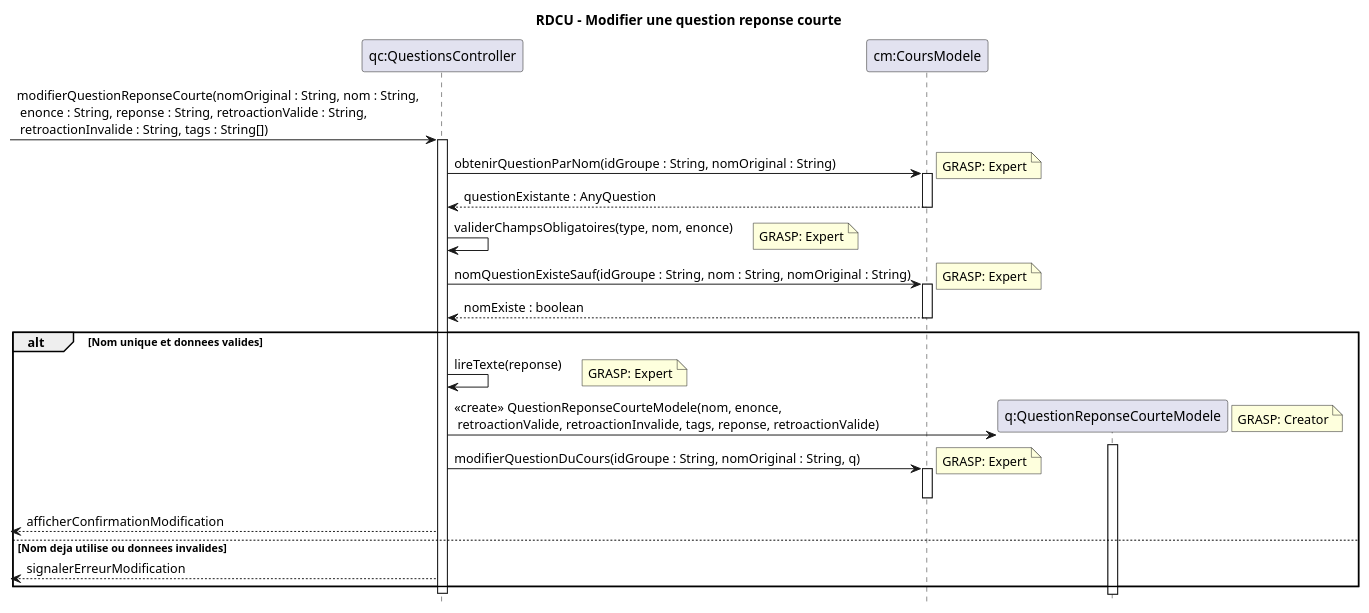
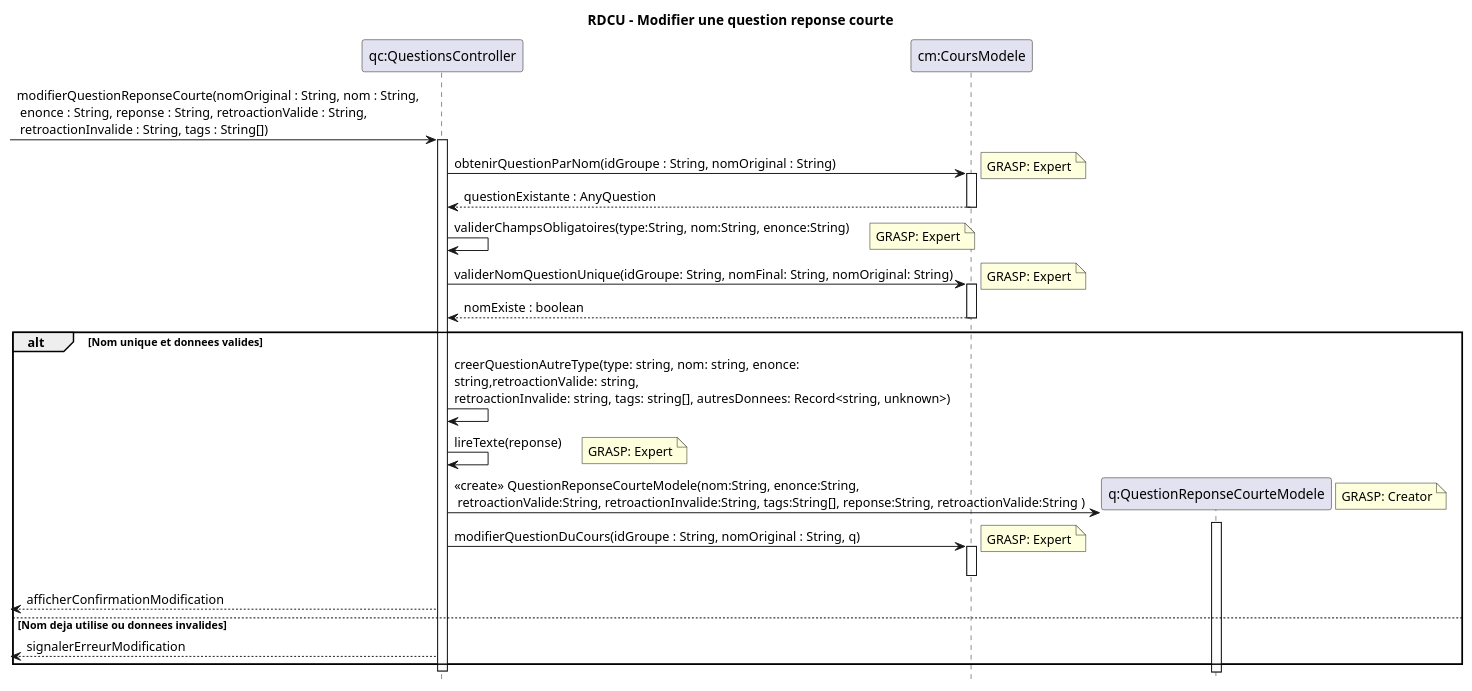
Before and after one commit to xMrYahya/moodle-clone: the diagram in docs/modeles/cu02/rdcu-modifier-question-reponse-courte.puml, drawn with PlantUML. The commit also changed 11 other files, not shown here.

Commit message:
Modifications du rapport et de diagrammes

```diff
--- a/docs/modeles/cu02/rdcu-modifier-question-reponse-courte.puml
+++ b/docs/modeles/cu02/rdcu-modifier-question-reponse-courte.puml
@@ -1,48 +1,51 @@
 @startuml
 hide footbox
 title RDCU - Modifier une question reponse courte
 
 participant "qc:QuestionsController" as QC
 participant "cm:CoursModele" as CM
 participant "q:QuestionReponseCourteModele" as Q
 
 -> QC :  modifierQuestionReponseCourte(nomOriginal : String, nom : String,\n enonce : String, reponse : String, retroactionValide : String,\n retroactionInvalide : String, tags : String[])
 activate QC
 
 QC -> CM : obtenirQuestionParNom(idGroupe : String, nomOriginal : String)
 note right: GRASP: Expert
 activate CM
 CM --> QC : questionExistante : AnyQuestion
 deactivate CM
 
-QC -> QC : validerChampsObligatoires(type, nom, enonce)
+QC -> QC : validerChampsObligatoires(type:String, nom:String, enonce:String)
 note right: GRASP: Expert
 
-QC -> CM : nomQuestionExisteSauf(idGroupe : String, nom : String, nomOriginal : String)
+QC -> CM : validerNomQuestionUnique(idGroupe: String, nomFinal: String, nomOriginal: String)
 note right: GRASP: Expert
 activate CM
 CM --> QC : nomExiste : boolean
 deactivate CM
 
 alt Nom unique et donnees valides
+  QC -> QC : creerQuestionAutreType(type: string, nom: string, enonce: \nstring,retroactionValide: string, \nretroactionInvalide: string, tags: string[], autresDonnees: Record<string, unknown>)
+
+
   QC -> QC : lireTexte(reponse)
   note right: GRASP: Expert
 
   create Q
-  QC -> Q : <<create>> QuestionReponseCourteModele(nom, enonce,\n retroactionValide, retroactionInvalide, tags, reponse, retroactionValide)
+  QC -> Q : <<create>> QuestionReponseCourteModele(nom:String, enonce:String,\n retroactionValide:String, retroactionInvalide:String, tags:String[], reponse:String, retroactionValide:String )
   note right: GRASP: Creator
   activate Q
   deactivate Q
 
   QC -> CM : modifierQuestionDuCours(idGroupe : String, nomOriginal : String, q)
   note right: GRASP: Expert
   activate CM
   deactivate CM
 
   <-- QC : afficherConfirmationModification
 else Nom deja utilise ou donnees invalides
   <-- QC : signalerErreurModification
 end
 
 deactivate QC
 @enduml
```
